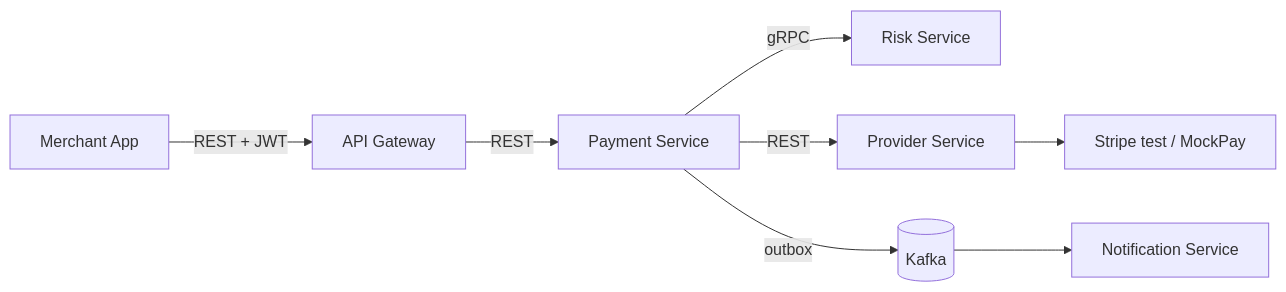
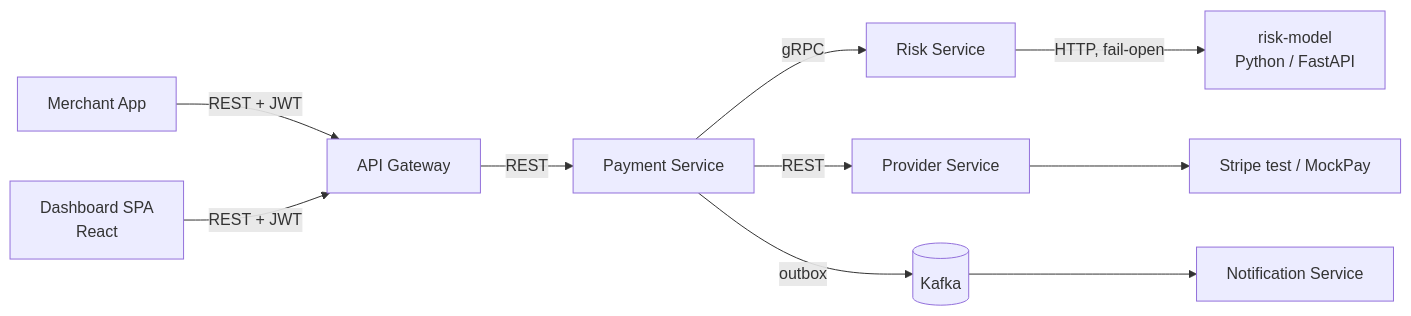
The first of 2 diagrams in README.md (amritmalla/SentinelPay), drawn with Mermaid before and after one commit. The commit also changed other lines of this file, not shown here.

First line of the commit message:
docs(readme): cover the Python and React components, and fix stale claims

````diff
--- a/README.md
+++ b/README.md
@@ -120,19 +124,23 @@
 ```mermaid
 flowchart LR
     Merchant[Merchant App]
+    Dashboard[Dashboard SPA<br/>React]
     Gateway[API Gateway]
     Payment[Payment Service]
     Risk[Risk Service]
+    Model[risk-model<br/>Python / FastAPI]
     Provider[Provider Service]
     Stripe[Stripe test / MockPay]
     Kafka[(Kafka)]
     Notification[Notification Service]
 
     Merchant -->|REST + JWT| Gateway
+    Dashboard -->|REST + JWT| Gateway
     Gateway -->|REST| Payment
     Payment -->|gRPC| Risk
+    Risk -->|HTTP, fail-open| Model
     Payment -->|REST| Provider
     Provider --> Stripe
     Payment -->|outbox| Kafka
     Kafka --> Notification
 ```
````
